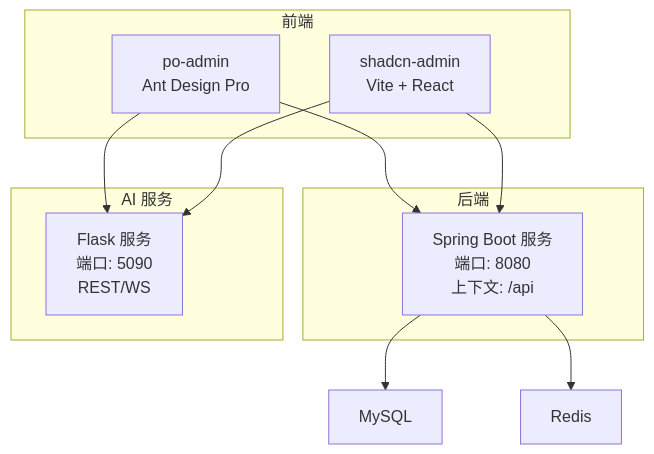
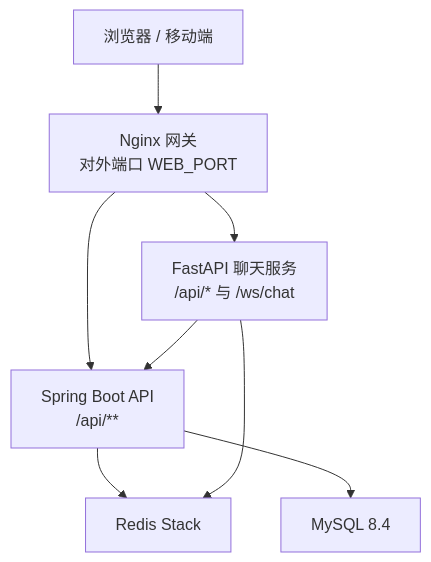
Before and after one commit to good-zheng/po: the first of 3 diagrams in .qoder/repowiki/zh/content/快速开始.md, drawn with Mermaid. The commit also changed other lines of this file and 217 other files, not shown here.

````diff
--- a/.qoder/repowiki/zh/content/快速开始.md
+++ b/.qoder/repowiki/zh/content/快速开始.md
@@ -41,21 +36,10 @@
 ```mermaid
 graph TB
-subgraph "前端"
-A["po-admin<br/>Ant Design Pro"]
-B["shadcn-admin<br/>Vite + React"]
-end
-subgraph "后端"
-C["Spring Boot 服务<br/>端口: 8080<br/>上下文: /api"]
-end
-subgraph "AI 服务"
-D["Flask 服务<br/>端口: 5090<br/>REST/WS"]
-end
-E["MySQL"]
-F["Redis"]
-A --> C
-B --> C
-C --> E
-C --> F
-A --> D
-B --> D
+Client["浏览器 / 移动端"] --> Web["Nginx 网关<br/>对外端口 WEB_PORT"]
+Web --> Chat["FastAPI 聊天服务<br/>/api/* 与 /ws/chat"]
+Web --> Api["Spring Boot API<br/>/api/**"]
+Api --> Mysql["MySQL 8.4"]
+Api --> Redis["Redis Stack"]
+Chat --> Redis
+Chat --> Api
 ```
````
